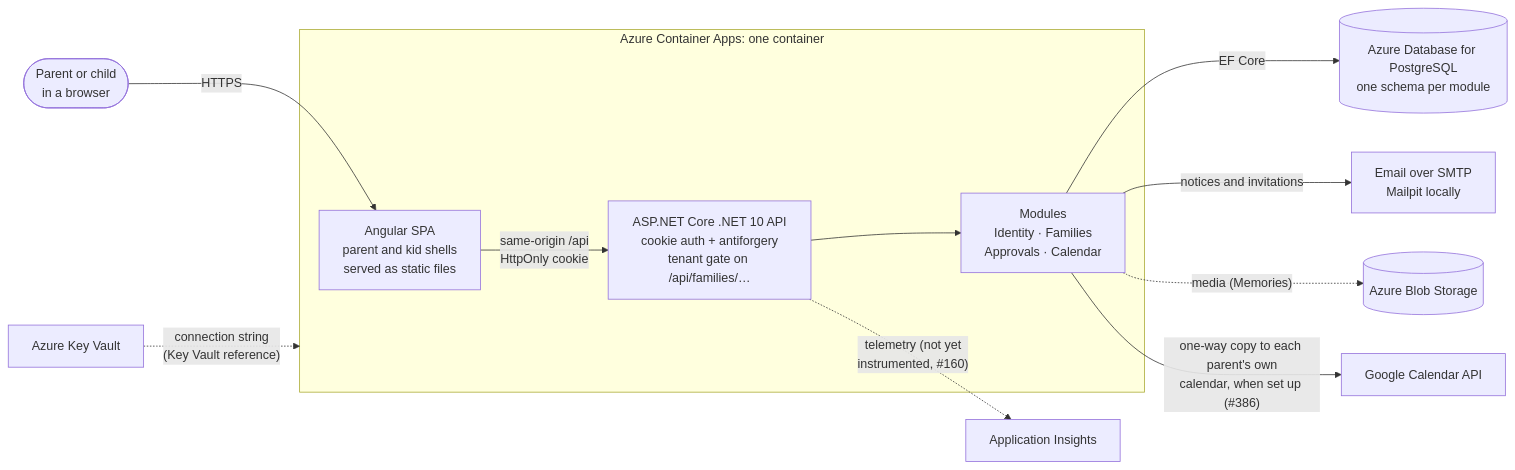
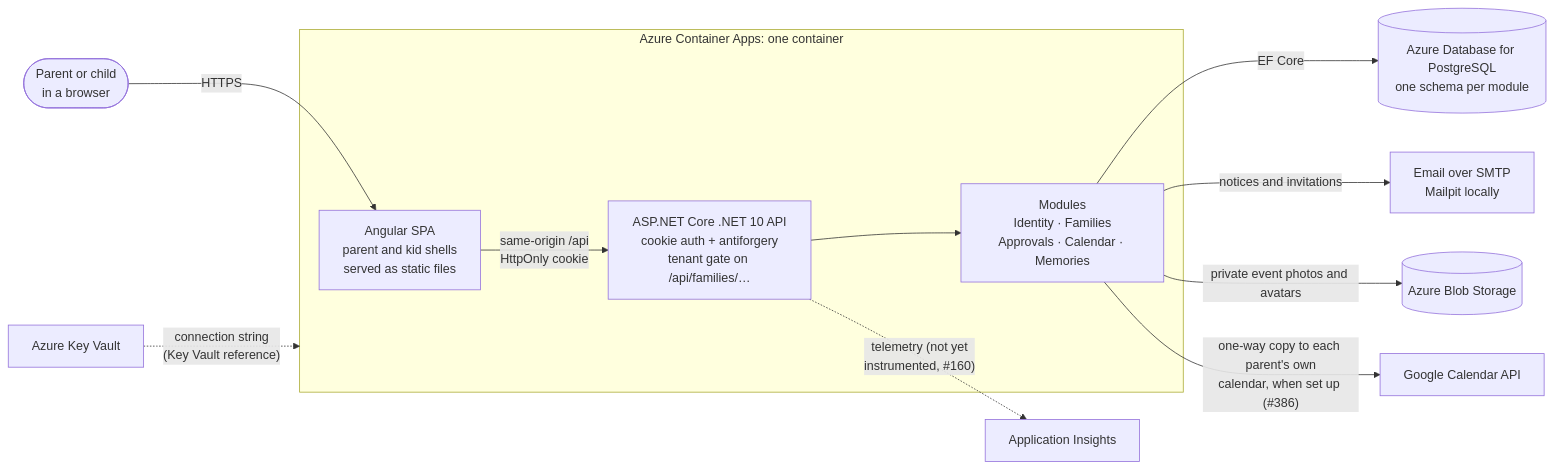
Before and after one commit to esaldivar/parenthesis: the first of 2 diagrams in docs/architecture.md, drawn with Mermaid. The commit also changed other lines of this file and 2 other files, not shown here.

````diff
--- a/docs/architecture.md
+++ b/docs/architecture.md
@@ -12,27 +12,27 @@
 ```mermaid
 flowchart LR
   User([Parent or child<br/>in a browser])
 
   subgraph ACA["Azure Container Apps: one container"]
     SPA[Angular SPA<br/>parent and kid shells<br/>served as static files]
     API[ASP.NET Core .NET 10 API<br/>cookie auth + antiforgery<br/>tenant gate on /api/families/…]
-    MOD[Modules<br/>Identity · Families<br/>Approvals · Calendar]
+    MOD[Modules<br/>Identity · Families<br/>Approvals · Calendar · Memories]
   end
 
   PG[(Azure Database for PostgreSQL<br/>one schema per module)]
   KV[Azure Key Vault]
   MAIL[Email over SMTP<br/>Mailpit locally]
   AI[Application Insights]
   BLOB[(Azure Blob Storage)]
   GCAL[Google Calendar API]
 
   User -- HTTPS --> SPA
   SPA -- "same-origin /api<br/>HttpOnly cookie" --> API
   API --> MOD
   MOD -- EF Core --> PG
   MOD -- notices and invitations --> MAIL
   KV -. "connection string<br/>(Key Vault reference)" .-> ACA
   API -. "telemetry (not yet<br/>instrumented, #160)" .-> AI
-  MOD -. "media (Memories)" .-> BLOB
+  MOD -- "private event photos and avatars" --> BLOB
   MOD -- "one-way copy to each parent's own<br/>calendar, when set up (#386)" --> GCAL
 ```
````
